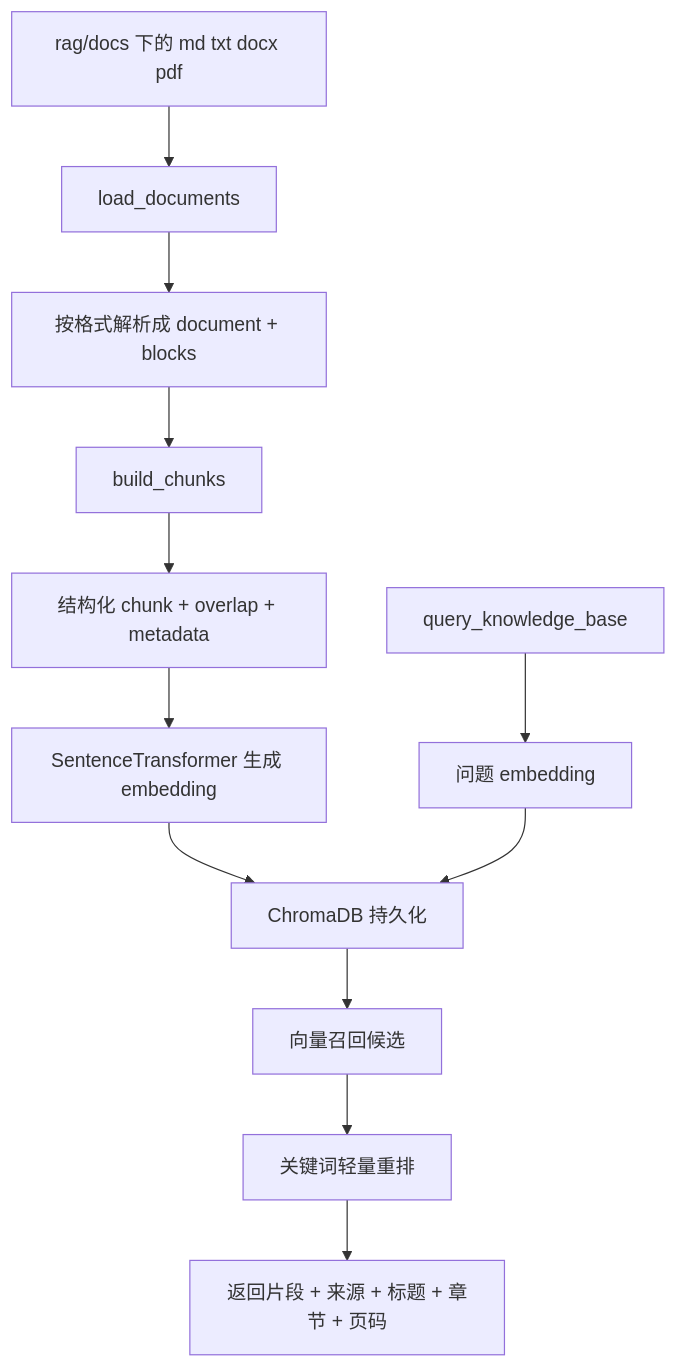
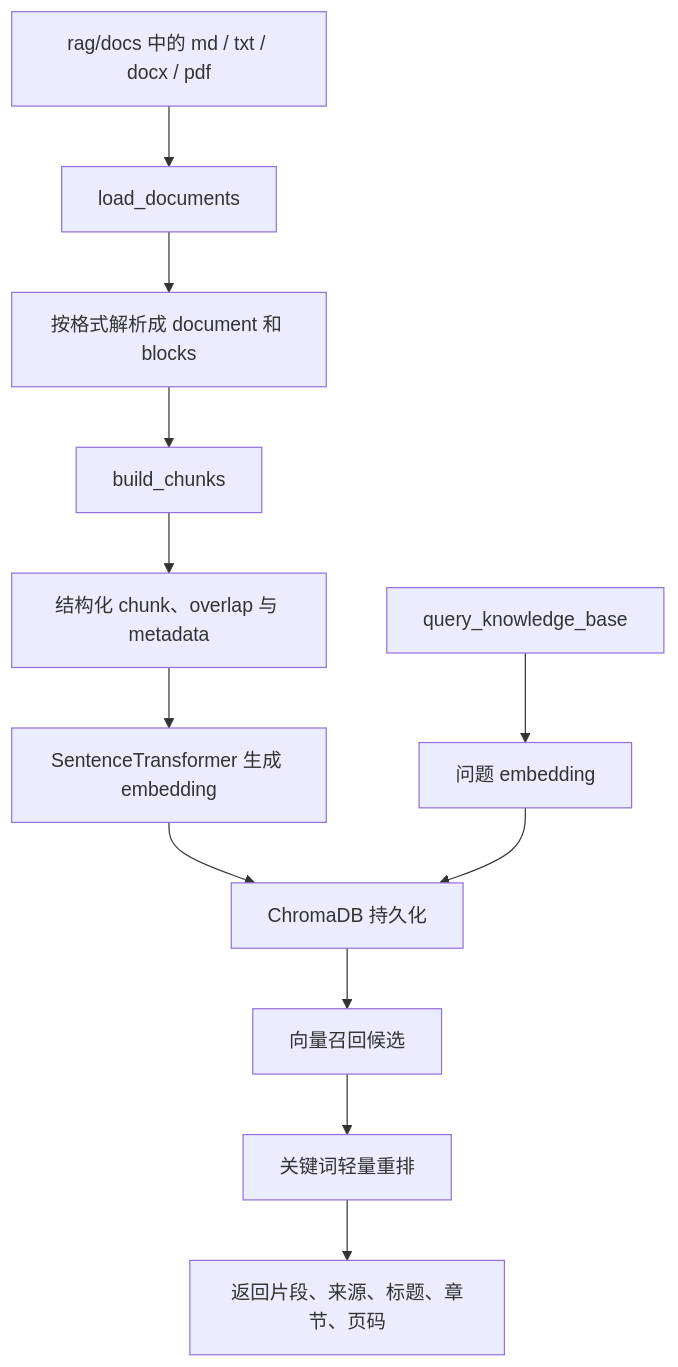
One commit to wplayers233/my-code-agent changed the third of 6 diagrams in README.md. Above: the diagram before and after it, drawn with Mermaid. The commit also changed other lines of this file, not shown here.

````diff
--- a/README.md
+++ b/README.md
@@ -333,14 +333,14 @@
 ```mermaid
 flowchart TD
-    A[rag/docs 下的 md txt docx pdf] --> B[load_documents]
-    B --> C[按格式解析成 document + blocks]
-    C --> D[build_chunks]
-    D --> E[结构化 chunk + overlap + metadata]
-    E --> F[SentenceTransformer 生成 embedding]
-    F --> G[ChromaDB 持久化]
-    H[query_knowledge_base] --> I[问题 embedding]
+    A["rag/docs 中的 md / txt / docx / pdf"] --> B["load_documents"]
+    B --> C["按格式解析成 document 和 blocks"]
+    C --> D["build_chunks"]
+    D --> E["结构化 chunk、overlap 与 metadata"]
+    E --> F["SentenceTransformer 生成 embedding"]
+    F --> G["ChromaDB 持久化"]
+    H["query_knowledge_base"] --> I["问题 embedding"]
     I --> G
-    G --> J[向量召回候选]
-    J --> K[关键词轻量重排]
-    K --> L[返回片段 + 来源 + 标题 + 章节 + 页码]
+    G --> J["向量召回候选"]
+    J --> K["关键词轻量重排"]
+    K --> L["返回片段、来源、标题、章节、页码"]
 ```
````
